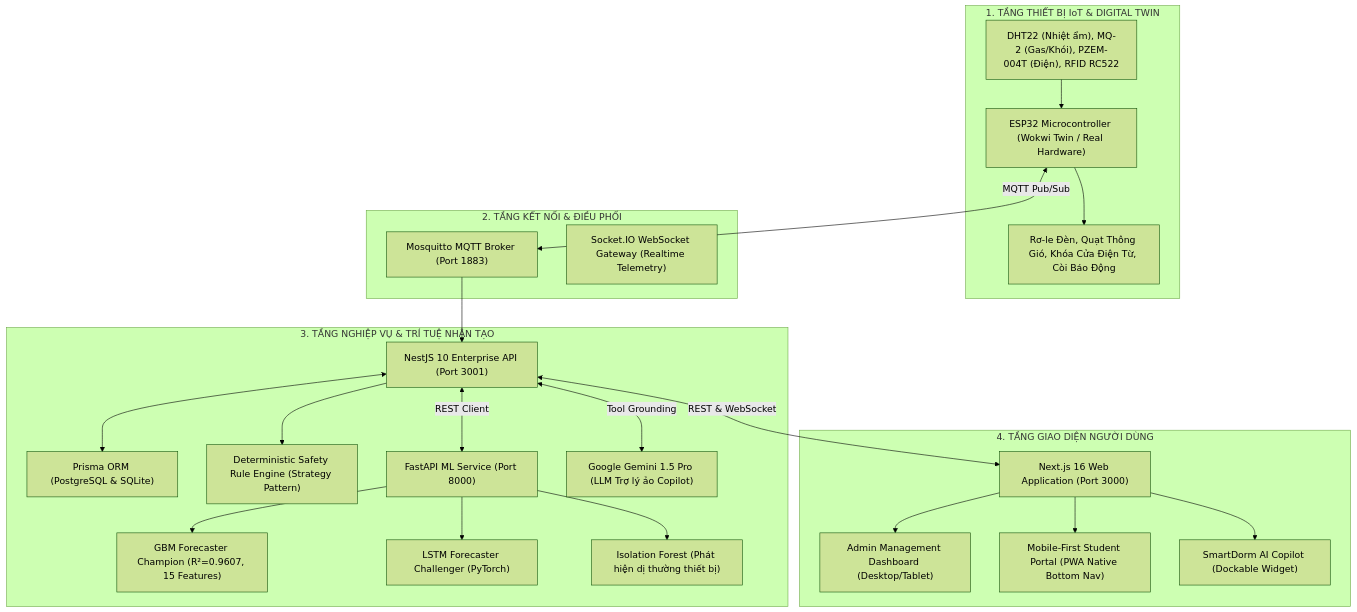
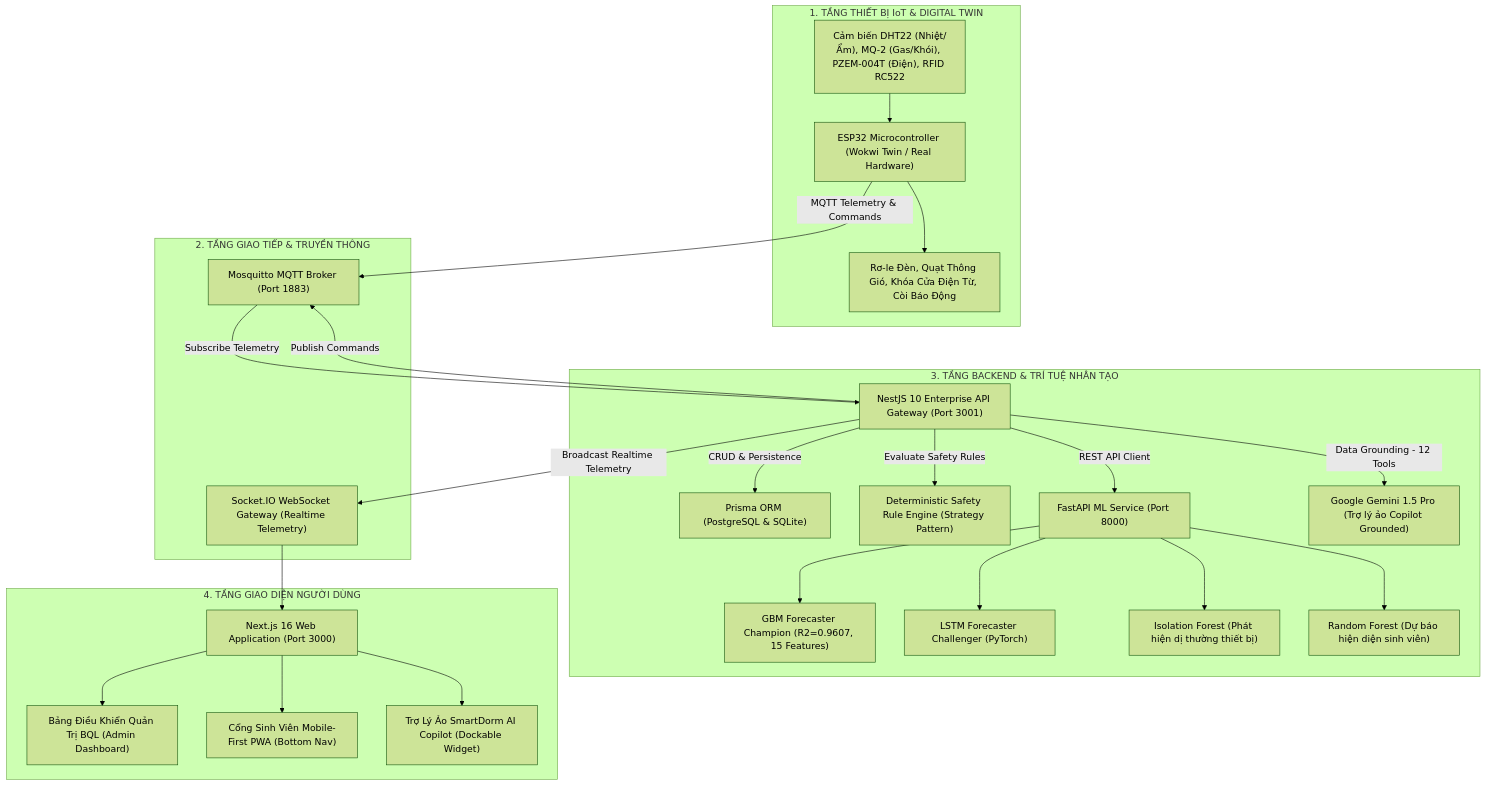
The diagram in README.md (tanmanh-31102005/SmartDorm), drawn with Mermaid (forest theme) before and after one commit. The commit also changed other lines of this file, not shown here.

Commit message:
docs: fix mermaid render syntax and add complete full system feature catalog

````diff
--- a/README.md
+++ b/README.md
@@ -19,47 +19,51 @@
 ```mermaid
-graph TD
-    subgraph IoT_Hardware_Layer ["1. TẦNG THIẾT BỊ IoT & DIGITAL TWIN"]
+flowchart TB
+    subgraph Layer1 ["1. TẦNG THIẾT BỊ IoT & DIGITAL TWIN"]
+        Sensors["Cảm biến DHT22 (Nhiệt/Ẩm), MQ-2 (Gas/Khói), PZEM-004T (Điện), RFID RC522"]
         ESP32["ESP32 Microcontroller (Wokwi Twin / Real Hardware)"]
-        Sensors["DHT22 (Nhiệt ẩm), MQ-2 (Gas/Khói), PZEM-004T (Điện), RFID RC522"]
         Actuators["Rơ-le Đèn, Quạt Thông Gió, Khóa Cửa Điện Từ, Còi Báo Động"]
-        Sensors --> ESP32 --> Actuators
+        Sensors --> ESP32
+        ESP32 --> Actuators
     end
 
-    subgraph Communication_Layer ["2. TẦNG KẾT NỐI & ĐIỀU PHỐI"]
+    subgraph Layer2 ["2. TẦNG GIAO TIẾP & TRUYỀN THÔNG"]
         MQTT["Mosquitto MQTT Broker (Port 1883)"]
         WS["Socket.IO WebSocket Gateway (Realtime Telemetry)"]
-        ESP32 <-->|MQTT Pub/Sub| MQTT
     end
 
-    subgraph Backend_ML_Layer ["3. TẦNG NGHIỆP VỤ & TRÍ TUỆ NHÂN TẠO"]
-        NestJS["NestJS 10 Enterprise API (Port 3001)"]
+    subgraph Layer3 ["3. TẦNG BACKEND & TRÍ TUỆ NHÂN TẠO"]
+        NestJS["NestJS 10 Enterprise API Gateway (Port 3001)"]
         Prisma["Prisma ORM (PostgreSQL & SQLite)"]
         RuleEngine["Deterministic Safety Rule Engine (Strategy Pattern)"]
         FastAPI["FastAPI ML Service (Port 8000)"]
-        GBM["GBM Forecaster Champion (R²=0.9607, 15 Features)"]
+        GBM["GBM Forecaster Champion (R2=0.9607, 15 Features)"]
         LSTM["LSTM Forecaster Challenger (PyTorch)"]
         IForest["Isolation Forest (Phát hiện dị thường thiết bị)"]
-        Gemini["Google Gemini 1.5 Pro (LLM Trợ lý ảo Copilot)"]
-        
-        MQTT --> NestJS
-        NestJS <--> Prisma
-        NestJS --> RuleEngine
-        NestJS <-->|REST Client| FastAPI
-        FastAPI --> GBM
-        FastAPI --> LSTM
-        FastAPI --> IForest
-        NestJS <-->|Tool Grounding| Gemini
+        OccModel["Random Forest (Dự báo hiện diện sinh viên)"]
+        Gemini["Google Gemini 1.5 Pro (Trợ lý ảo Copilot Grounded)"]
     end
 
-    subgraph Frontend_Layer ["4. TẦNG GIAO DIỆN NGƯỜI DÙNG"]
+    subgraph Layer4 ["4. TẦNG GIAO DIỆN NGƯỜI DÙNG"]
         NextJS["Next.js 16 Web Application (Port 3000)"]
-        AdminPortal["Admin Management Dashboard (Desktop/Tablet)"]
-        StudentPortal["Mobile-First Student Portal (PWA Native Bottom Nav)"]
-        AiWidget["SmartDorm AI Copilot (Dockable Widget)"]
+        AdminPortal["Bảng Điều Khiển Quản Trị BQL (Admin Dashboard)"]
+        StudentPortal["Cổng Sinh Viên Mobile-First PWA (Bottom Nav)"]
+        AiWidget["Trợ Lý Ảo SmartDorm AI Copilot (Dockable Widget)"]
+    end
 
-        NestJS <-->|REST & WebSocket| NextJS
-        NextJS --> AdminPortal
-        NextJS --> StudentPortal
-        NextJS --> AiWidget
-    end
+    ESP32 -->|MQTT Telemetry & Commands| MQTT
+    MQTT -->|Subscribe Telemetry| NestJS
+    NestJS -->|Publish Commands| MQTT
+    NestJS -->|CRUD & Persistence| Prisma
+    NestJS -->|Evaluate Safety Rules| RuleEngine
+    NestJS -->|REST API Client| FastAPI
+    FastAPI --> GBM
+    FastAPI --> LSTM
+    FastAPI --> IForest
+    FastAPI --> OccModel
+    NestJS -->|Data Grounding - 12 Tools| Gemini
+    NestJS -->|Broadcast Realtime Telemetry| WS
+    WS --> NextJS
+    NextJS --> AdminPortal
+    NextJS --> StudentPortal
+    NextJS --> AiWidget
 ```
````
